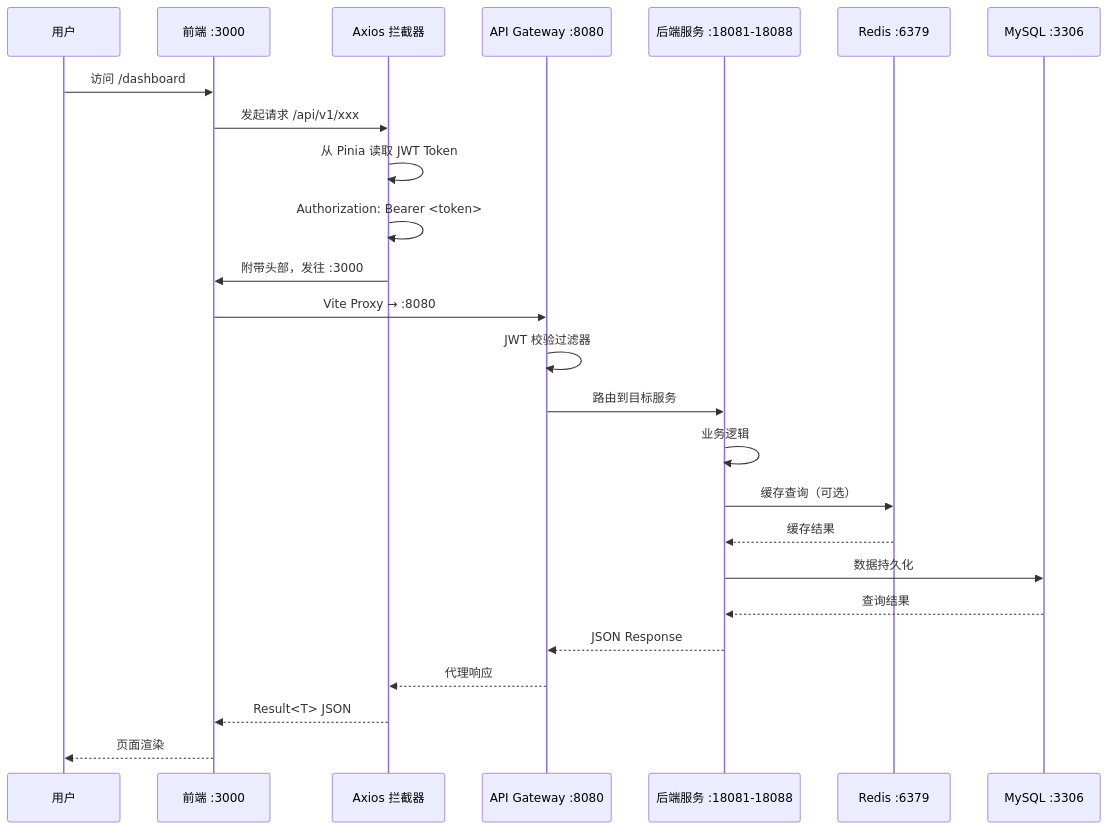
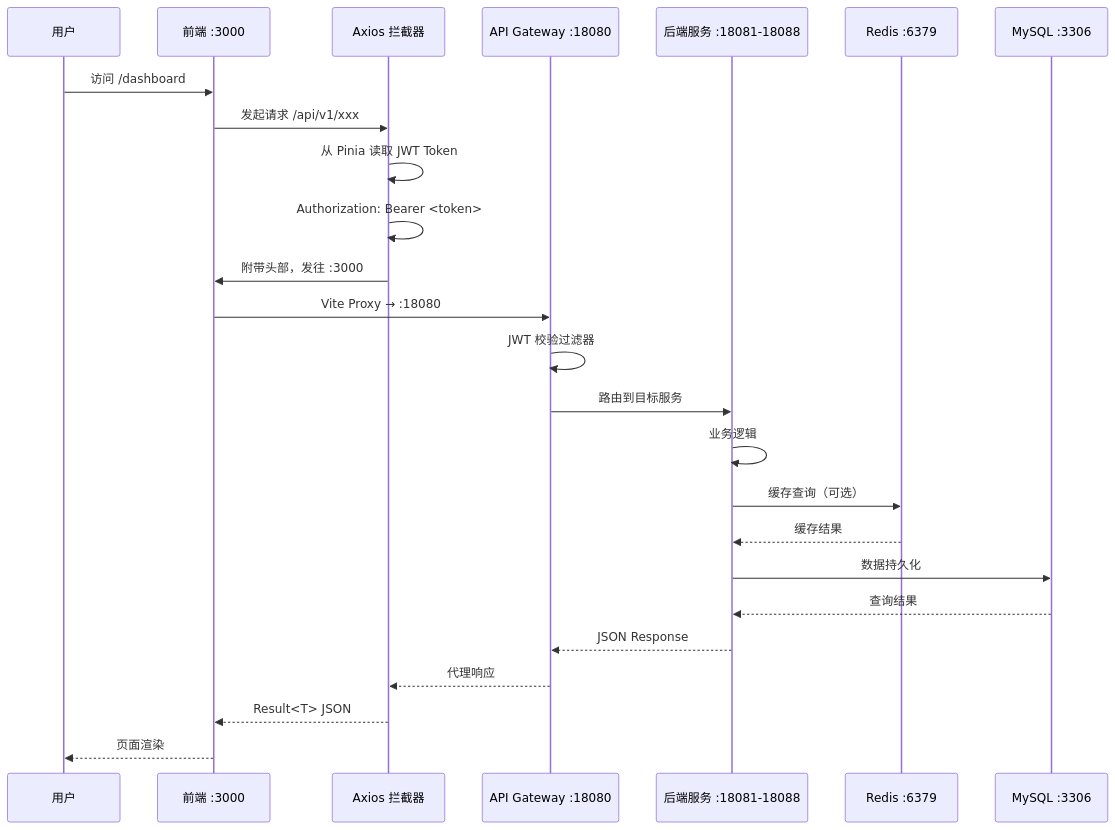
The second of 6 diagrams in docs/ui/ARCHITECTURE.md (jieraltjp/ManpouChinaSystem), drawn with Mermaid before and after one commit. The commit also changed other lines of this file, not shown here.

Commit message:
fix(docs): ARCHITECTURE.md gateway 端口 8080→18080

````diff
--- a/docs/ui/ARCHITECTURE.md
+++ b/docs/ui/ARCHITECTURE.md
@@ -79,28 +79,28 @@
 ```mermaid
 sequenceDiagram
     participant U as 用户
     participant WEB as 前端 :3000
     participant AXIOS as Axios 拦截器
-    participant GW as API Gateway :8080
+    participant GW as API Gateway :18080
     participant SVC as 后端服务 :18081-18088
     participant REDIS as Redis :6379
     participant DB as MySQL :3306
 
     U->>WEB: 访问 /dashboard
     WEB->>AXIOS: 发起请求 /api/v1/xxx
     AXIOS->>AXIOS: 从 Pinia 读取 JWT Token
     AXIOS->>AXIOS: Authorization: Bearer <token>
     AXIOS->>WEB: 附带头部，发往 :3000
-    WEB->>GW: Vite Proxy → :8080
+    WEB->>GW: Vite Proxy → :18080
     GW->>GW: JWT 校验过滤器
     GW->>SVC: 路由到目标服务
     SVC->>SVC: 业务逻辑
     SVC->>REDIS: 缓存查询（可选）
     REDIS-->>SVC: 缓存结果
     SVC->>DB: 数据持久化
     DB-->>SVC: 查询结果
     SVC-->>GW: JSON Response
     GW-->>AXIOS: 代理响应
     AXIOS-->>WEB: Result<T> JSON
     WEB-->>U: 页面渲染
 ```
````
